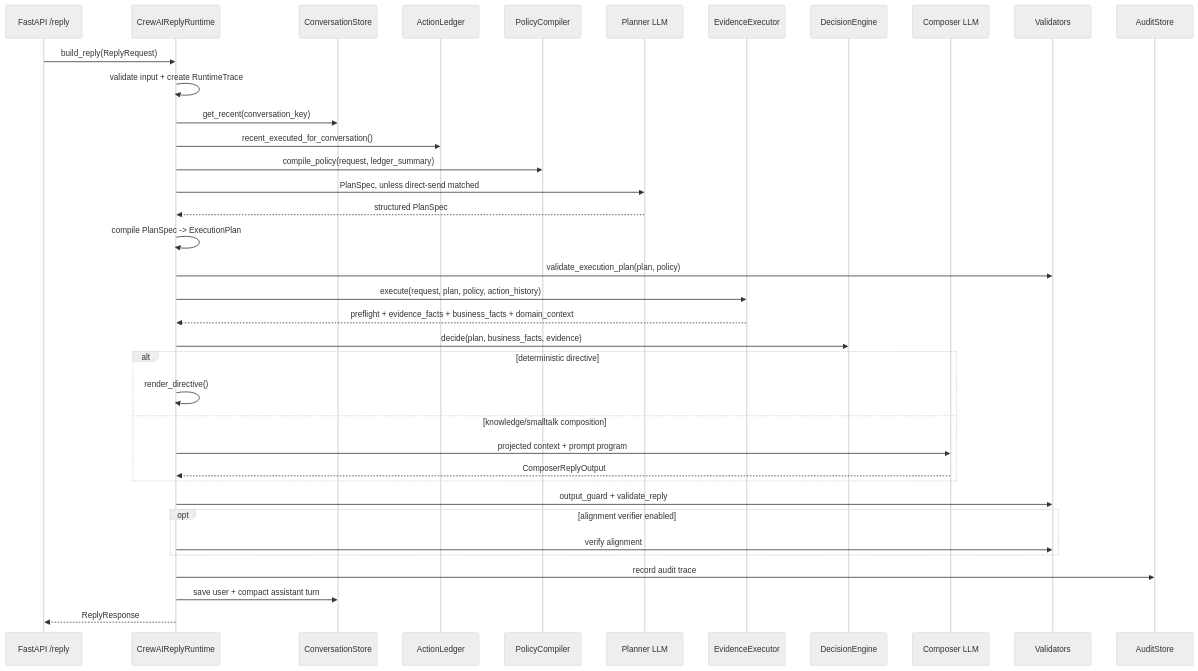
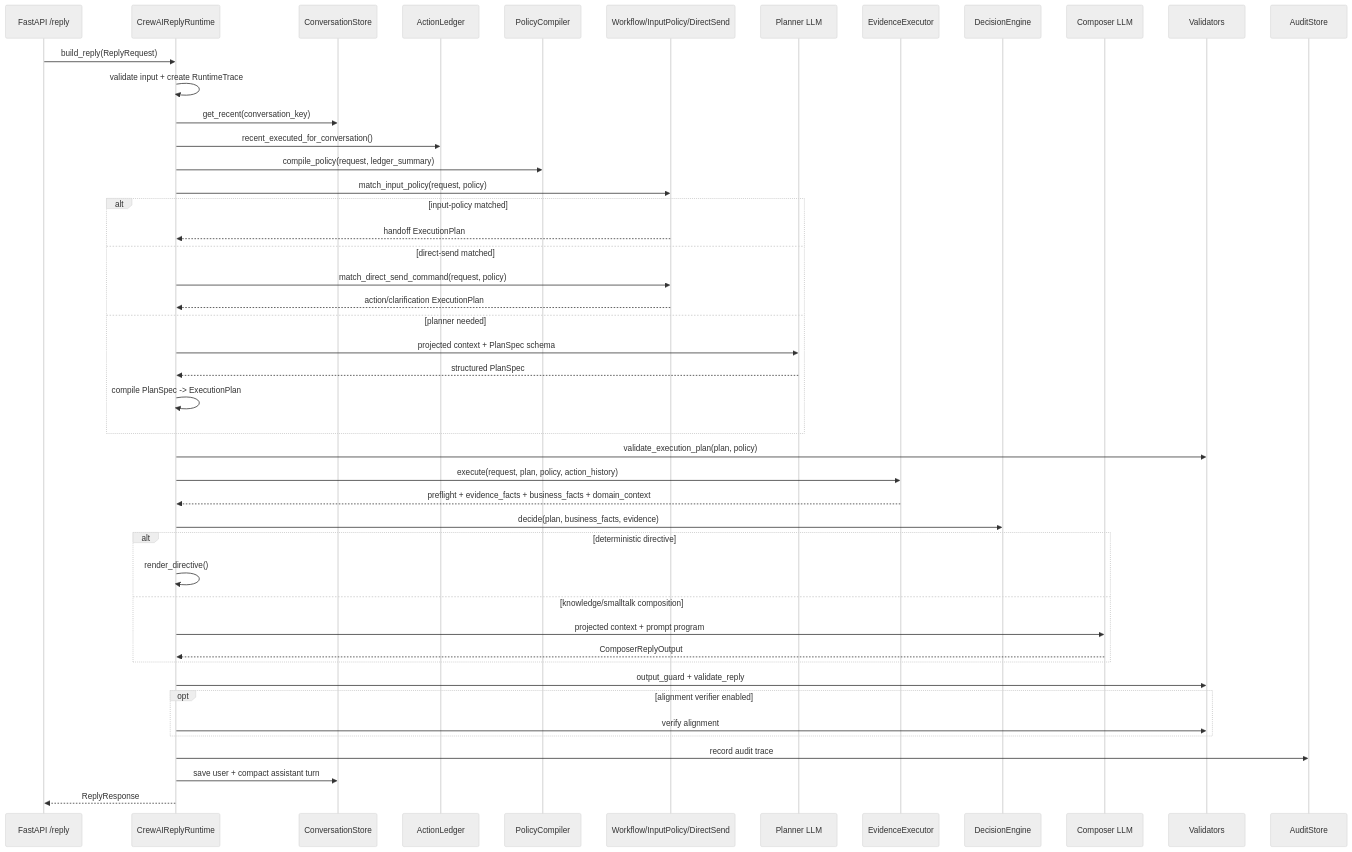
Before and after one commit to peterlololsss/market_support_crewai_agent: the second of 16 diagrams in docs/agent_vibe_report.md, drawn with Mermaid (neutral theme). The commit also changed other lines of this file and 22 other files, not shown here.

````diff
--- a/docs/agent_vibe_report.md
+++ b/docs/agent_vibe_report.md
@@ -107,40 +110,49 @@
 ```mermaid
 sequenceDiagram
     participant API as FastAPI /reply
     participant Runtime as CrewAIReplyRuntime
     participant Store as ConversationStore
     participant Ledger as ActionLedger
     participant Policy as PolicyCompiler
+    participant Router as Workflow/InputPolicy/DirectSend
     participant Planner as Planner LLM
     participant Evidence as EvidenceExecutor
     participant Decision as DecisionEngine
     participant Composer as Composer LLM
     participant Validator as Validators
     participant Audit as AuditStore
 
     API->>Runtime: build_reply(ReplyRequest)
     Runtime->>Runtime: validate input + create RuntimeTrace
     Runtime->>Store: get_recent(conversation_key)
     Runtime->>Ledger: recent_executed_for_conversation()
     Runtime->>Policy: compile_policy(request, ledger_summary)
-    Runtime->>Planner: PlanSpec, unless direct-send matched
-    Planner-->>Runtime: structured PlanSpec
-    Runtime->>Runtime: compile PlanSpec -> ExecutionPlan
+    Runtime->>Router: match_input_policy(request, policy)
+    alt input-policy matched
+        Router-->>Runtime: handoff ExecutionPlan
+    else direct-send matched
+        Runtime->>Router: match_direct_send_command(request, policy)
+        Router-->>Runtime: action/clarification ExecutionPlan
+    else planner needed
+        Runtime->>Planner: projected context + PlanSpec schema
+        Planner-->>Runtime: structured PlanSpec
+        Runtime->>Runtime: compile PlanSpec -> ExecutionPlan
+    end
     Runtime->>Validator: validate_execution_plan(plan, policy)
     Runtime->>Evidence: execute(request, plan, policy, action_history)
     Evidence-->>Runtime: preflight + evidence_facts + business_facts + domain_context
     Runtime->>Decision: decide(plan, business_facts, evidence)
     alt deterministic directive
         Runtime->>Runtime: render_directive()
     else knowledge/smalltalk composition
         Runtime->>Composer: projected context + prompt program
         Composer-->>Runtime: ComposerReplyOutput
     end
     Runtime->>Validator: output_guard + validate_reply
     opt alignment verifier enabled
         Runtime->>Validator: verify alignment
     end
     Runtime->>Audit: record audit trace
     Runtime->>Store: save user + compact assistant turn
     Runtime-->>API: ReplyResponse
 ```
````
